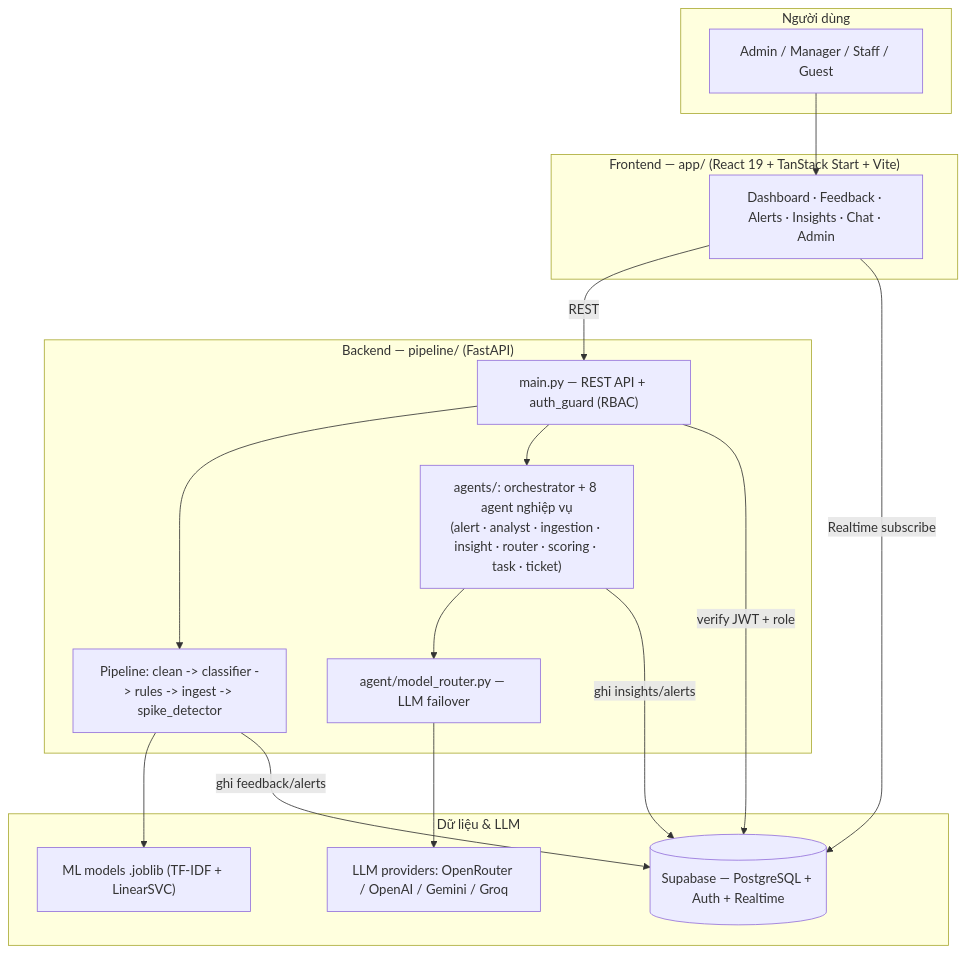
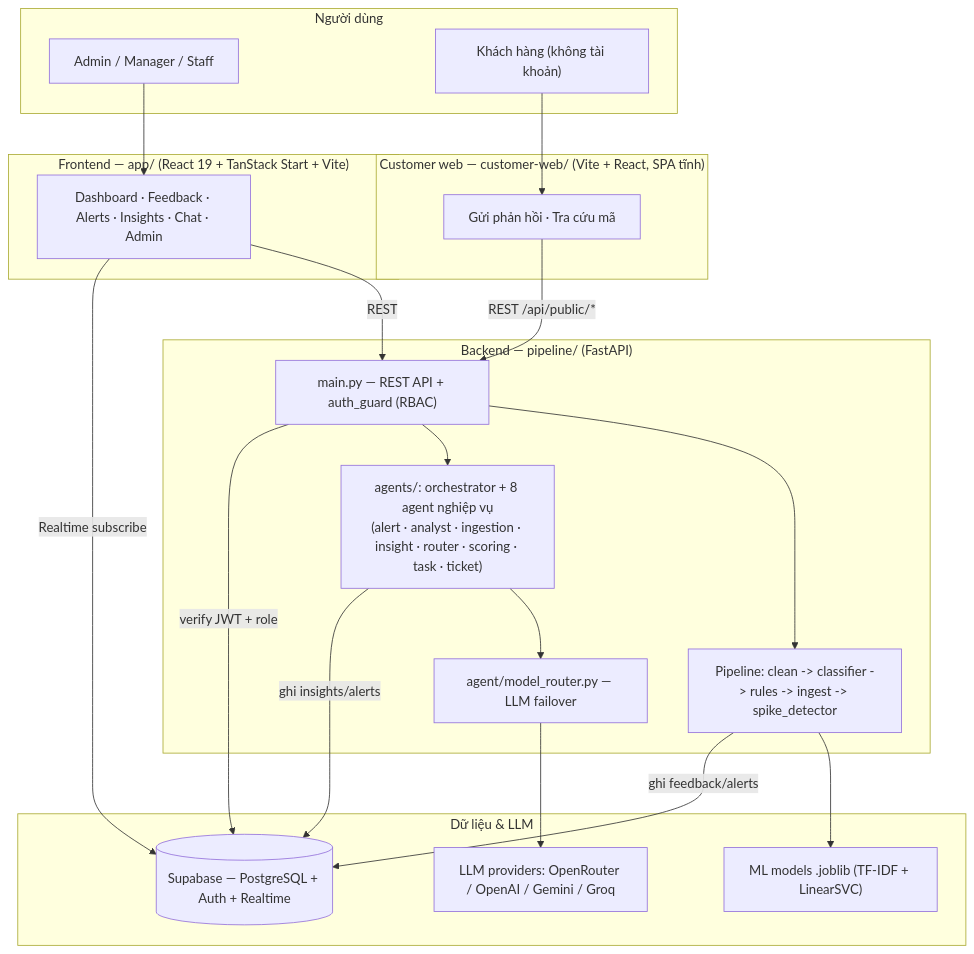
Before and after one commit to Kez-DE/AI-Quality-Intelligence-Platform: the first of 5 diagrams in docs/project/architecture-diagram.md, drawn with Mermaid. The commit also changed 25 other files, not shown here.

````diff
--- a/docs/project/architecture-diagram.md
+++ b/docs/project/architecture-diagram.md
@@ -10,35 +10,42 @@
 ```mermaid
 flowchart TB
     subgraph Client["Người dùng"]
-        U["Admin / Manager / Staff / Guest"]
+        U["Admin / Manager / Staff"]
+        K["Khách hàng (không tài khoản)"]
+    end
+
+    subgraph CW["Customer web — customer-web/ (Vite + React, SPA tĩnh)"]
+        CWUI["Gửi phản hồi · Tra cứu mã"]
     end
 
     subgraph FE["Frontend — app/ (React 19 + TanStack Start + Vite)"]
         UI["Dashboard · Feedback · Alerts · Insights · Chat · Admin"]
     end
 
     subgraph BE["Backend — pipeline/ (FastAPI)"]
         API["main.py — REST API + auth_guard (RBAC)"]
         PIPE["Pipeline: clean -> classifier -> rules -> ingest -> spike_detector"]
         AG["agents/: orchestrator + 8 agent nghiệp vụ<br/>(alert · analyst · ingestion · insight · router · scoring · task · ticket)"]
         ROUTER["agent/model_router.py — LLM failover"]
     end
 
     subgraph DATA["Dữ liệu & LLM"]
         DB[("Supabase — PostgreSQL + Auth + Realtime")]
         LLM["LLM providers: OpenRouter / OpenAI / Gemini / Groq"]
         ML["ML models .joblib (TF-IDF + LinearSVC)"]
     end
 
     U --> UI
+    K --> CWUI
+    CWUI -- REST /api/public/* --> API
     UI -- REST --> API
     UI -- Realtime subscribe --> DB
     API --> PIPE
     API --> AG
     PIPE --> ML
     PIPE -- ghi feedback/alerts --> DB
     AG --> ROUTER
     ROUTER --> LLM
     AG -- ghi insights/alerts --> DB
     API -- verify JWT + role --> DB
 ```
````
